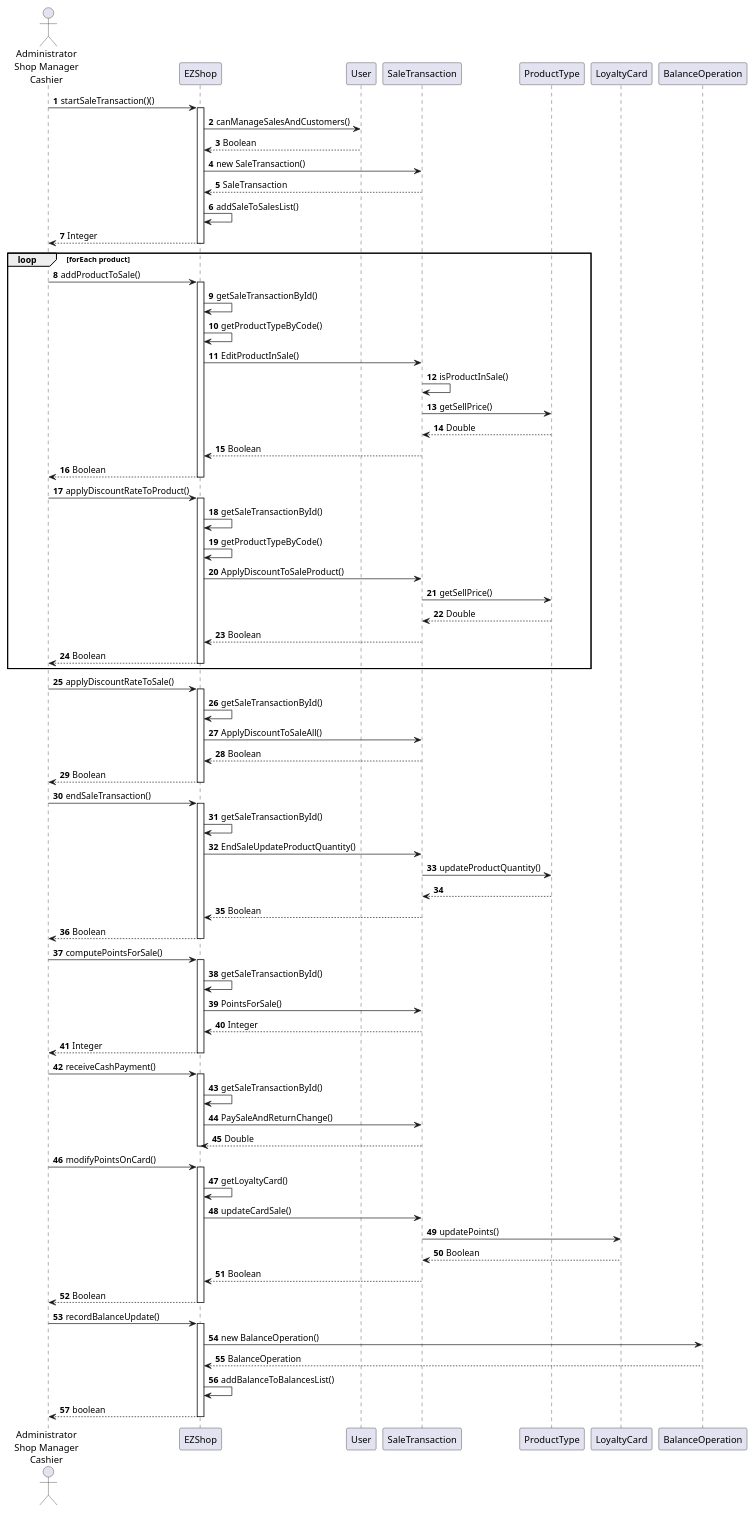
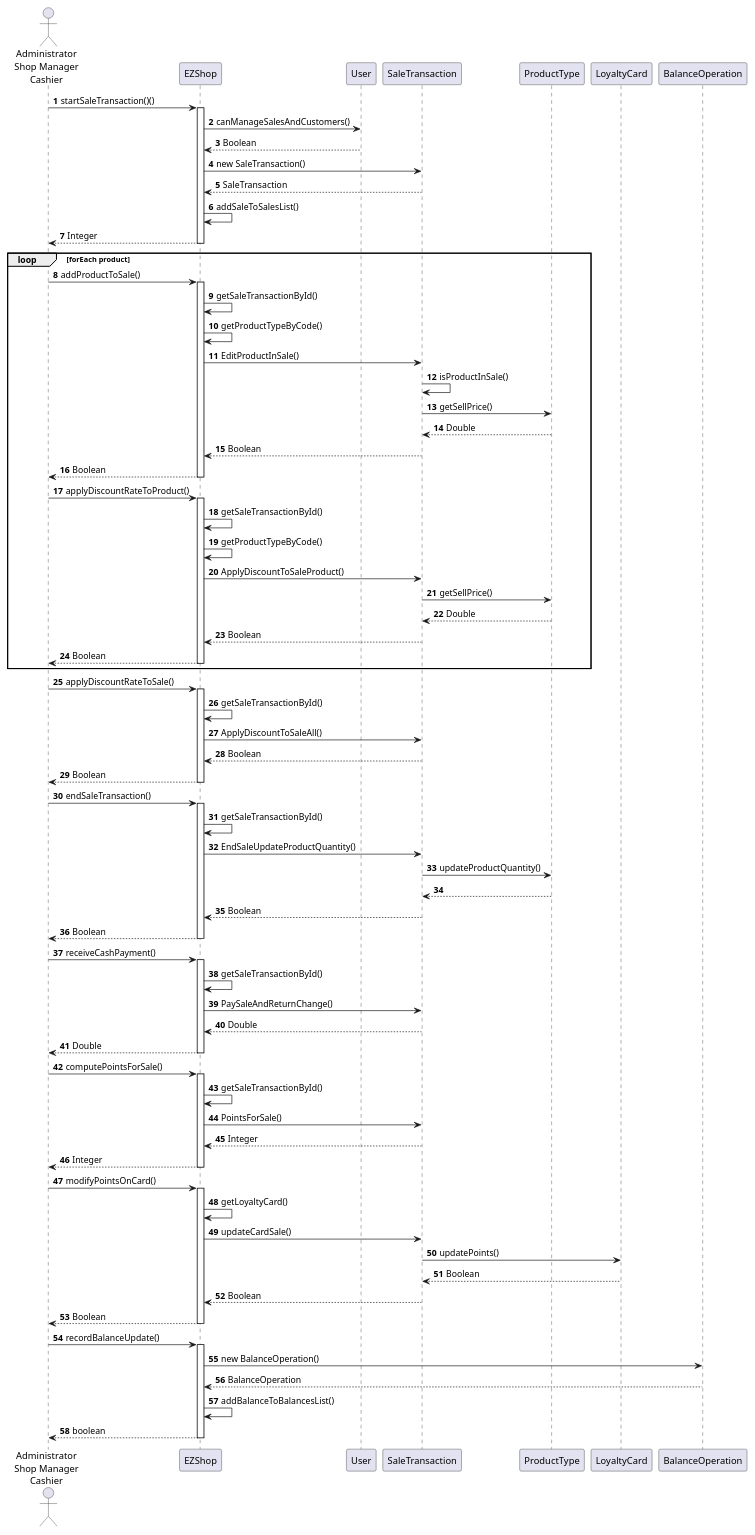
One commit to gioele-scaletta/EZShop-Software-Engineering-Project changed diagram 14 of 20 in Deliverables/DesignDocument.md. Above: the diagram before and after it, drawn with PlantUML. The commit also changed other lines of this file, not shown here.

```diff
--- a/Deliverables/DesignDocument.md
+++ b/Deliverables/DesignDocument.md
@@ -555,19 +555,20 @@
 user <-- EZShop : Boolean
 deactivate EZShop
 
+user -> EZShop : receiveCashPayment()
+activate  EZShop
+EZShop -> EZShop : getSaleTransactionById()
+EZShop -> SaleTransaction : PaySaleAndReturnChange()
+EZShop <-- SaleTransaction : Double
+user <-- EZShop : Double
+deactivate EZShop
+
 user -> EZShop : computePointsForSale() 
 activate  EZShop
 EZShop -> EZShop : getSaleTransactionById()
 EZShop -> SaleTransaction : PointsForSale()
 EZShop <-- SaleTransaction : Integer
 user <-- EZShop : Integer
-deactivate EZShop
-
-user -> EZShop : receiveCashPayment()
-activate  EZShop
-EZShop -> EZShop : getSaleTransactionById()
-EZShop -> SaleTransaction : PaySaleAndReturnChange()
-EZShop <-- SaleTransaction : Double
 deactivate EZShop
 
 user -> EZShop : modifyPointsOnCard()
```
